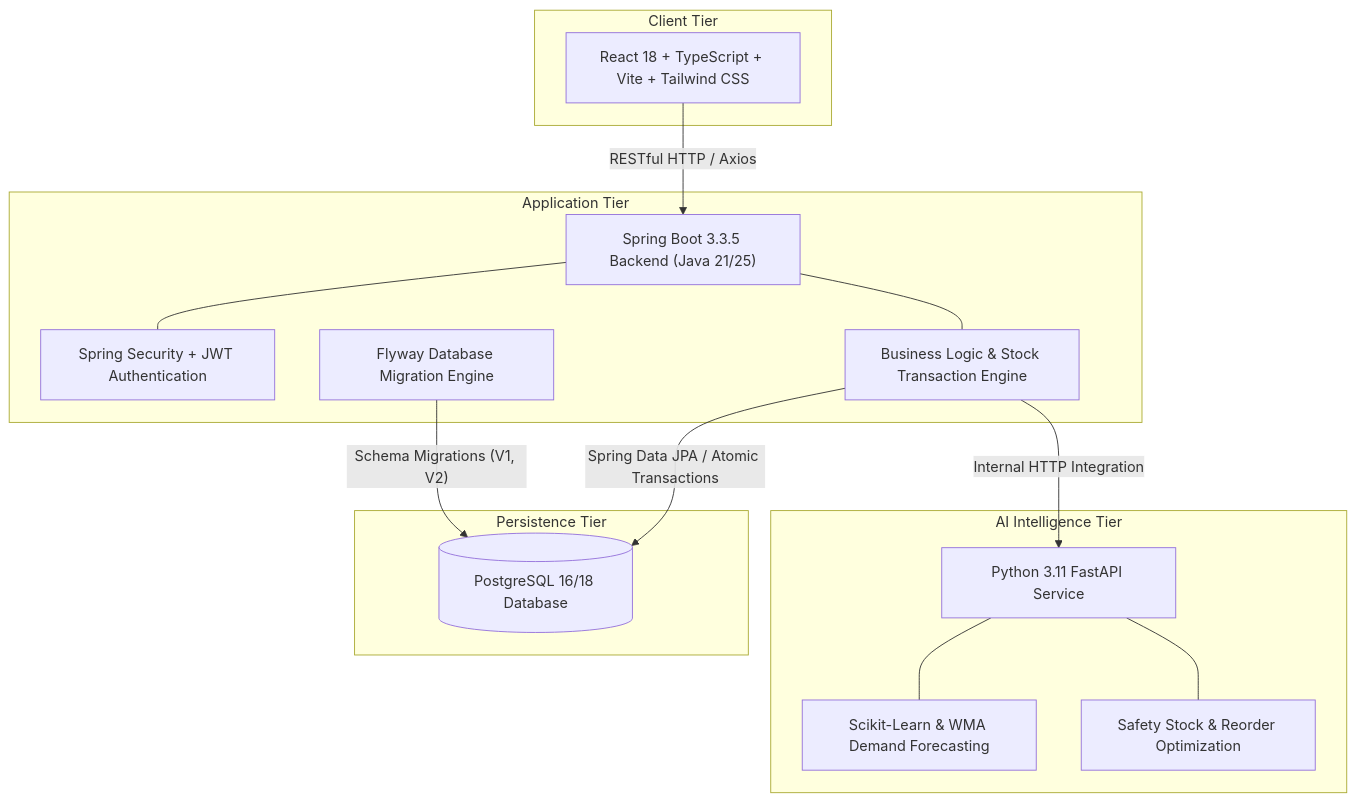
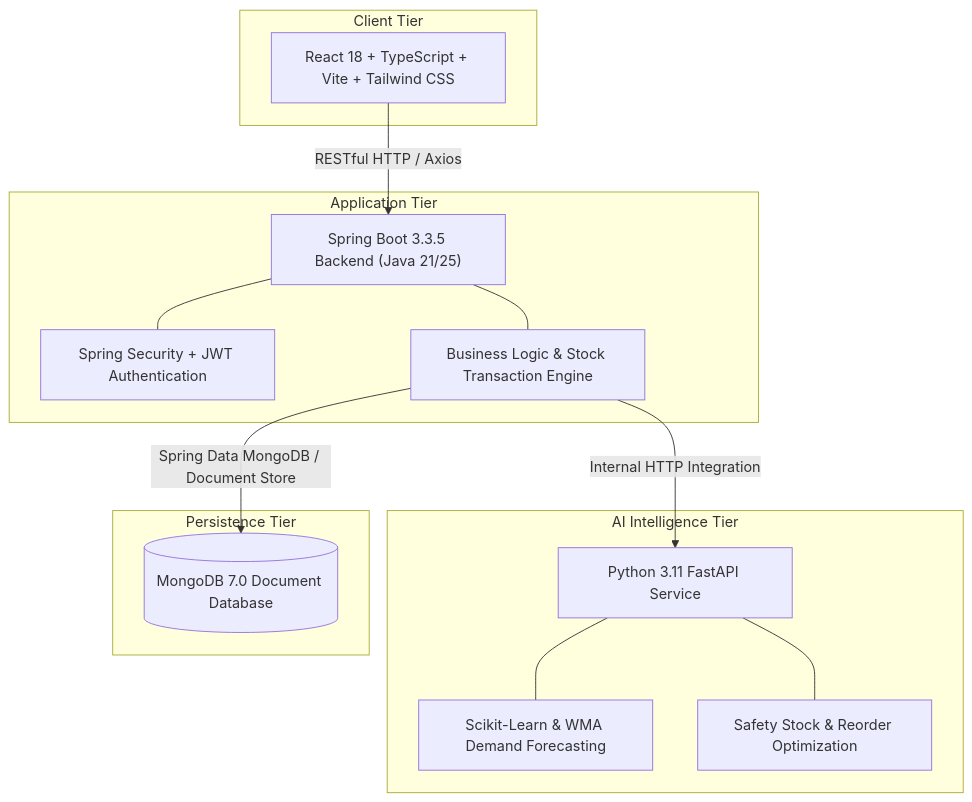
The diagram in README.md (hiteshsuthar12/DBS), drawn with Mermaid before and after one commit. The commit also changed other lines of this file and 47 other files, not shown here.

Commit message:
feat: migrate database from PostgreSQL to MongoDB 7.0 and update config

````diff
--- a/README.md
+++ b/README.md
@@ -10,32 +10,30 @@
 ```mermaid
 flowchart TD
     subgraph Client Tier
         UI["React 18 + TypeScript + Vite + Tailwind CSS"]
     end
 
     subgraph Application Tier
         SB["Spring Boot 3.3.5 Backend (Java 21/25)"]
         SEC["Spring Security + JWT Authentication"]
         SVC["Business Logic & Stock Transaction Engine"]
-        FLY["Flyway Database Migration Engine"]
     end
 
     subgraph AI Intelligence Tier
         PY["Python 3.11 FastAPI Service"]
         ML["Scikit-Learn & WMA Demand Forecasting"]
         EOQ["Safety Stock & Reorder Optimization"]
     end
 
     subgraph Persistence Tier
-        DB[("PostgreSQL 16/18 Database")]
+        DB[("MongoDB 7.0 Document Database")]
     end
 
     UI -->|"RESTful HTTP / Axios"| SB
     SB --- SEC
     SB --- SVC
-    SVC -->|"Spring Data JPA / Atomic Transactions"| DB
-    FLY -->|"Schema Migrations (V1, V2)"| DB
+    SVC -->|"Spring Data MongoDB / Document Store"| DB
     SVC -->|"Internal HTTP Integration"| PY
     PY --- ML
     PY --- EOQ
 ```
````
